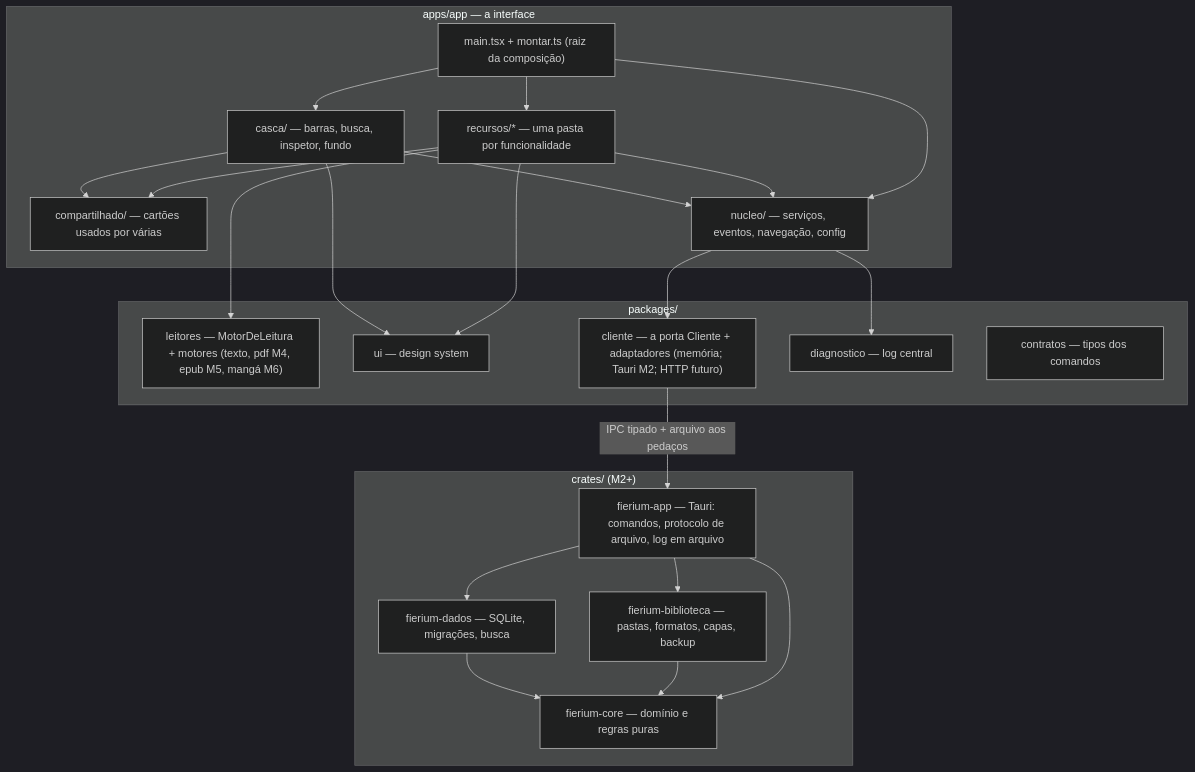
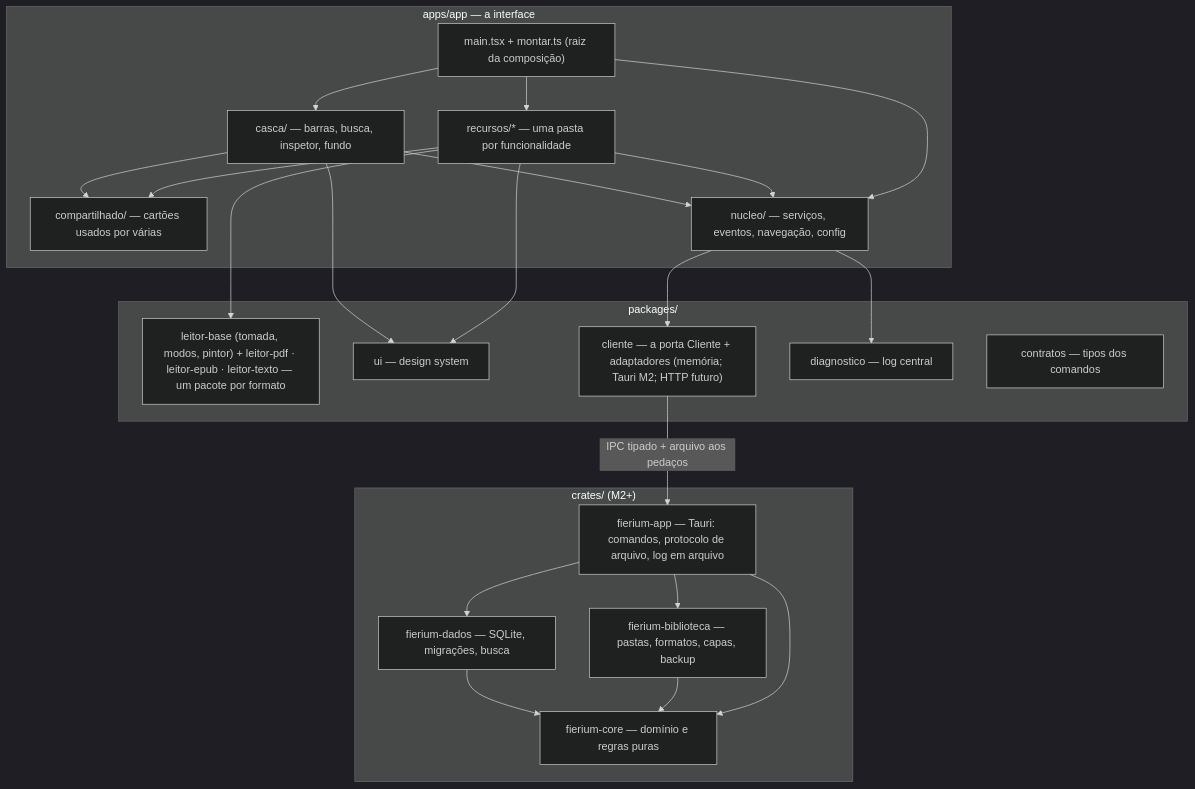
Before and after one commit to Marcelao98/Fierium: the first of 3 diagrams in docs/ARQUITETURA.md, drawn with Mermaid (dark theme). The commit also changed other lines of this file and 5 other files, not shown here.

First line of the commit message:
E2E dos modos de leitura e do desempenho (PDF de 500 páginas, EPUB malicioso); pré-carga dos leitores com o app parado; ARQUITETURA: leitores em pacotes

````diff
--- a/docs/ARQUITETURA.md
+++ b/docs/ARQUITETURA.md
@@ -16,31 +16,31 @@
 ```mermaid
 flowchart TB
   subgraph APP["apps/app — a interface"]
     MAIN["main.tsx + montar.ts (raiz da composição)"]
     CASCA["casca/ — barras, busca, inspetor, fundo"]
     REC["recursos/* — uma pasta por funcionalidade"]
     COMP["compartilhado/ — cartões usados por várias"]
     NUC["nucleo/ — serviços, eventos, navegação, config"]
   end
   subgraph PKG["packages/"]
-    LEI["leitores — MotorDeLeitura + motores (texto, pdf M4, epub M5, mangá M6)"]
+    LEI["leitor-base (tomada, modos, pintor) + leitor-pdf · leitor-epub · leitor-texto — um pacote por formato"]
     UI["ui — design system"]
     CLI["cliente — a porta Cliente + adaptadores (memória; Tauri M2; HTTP futuro)"]
     DIA["diagnostico — log central"]
     CON["contratos — tipos dos comandos"]
   end
   subgraph RUST["crates/ (M2+)"]
     APPR["fierium-app — Tauri: comandos, protocolo de arquivo, log em arquivo"]
     BIB["fierium-biblioteca — pastas, formatos, capas, backup"]
     DADOS["fierium-dados — SQLite, migrações, busca"]
     CORE["fierium-core — domínio e regras puras"]
   end
   MAIN --> REC & CASCA & NUC
   REC --> NUC & COMP & LEI & UI
   CASCA --> NUC & COMP & UI
   NUC --> CLI & DIA
   CLI -- "IPC tipado + arquivo aos pedaços" --> APPR
   APPR --> BIB & DADOS & CORE
   BIB --> CORE
   DADOS --> CORE
 ```
````
